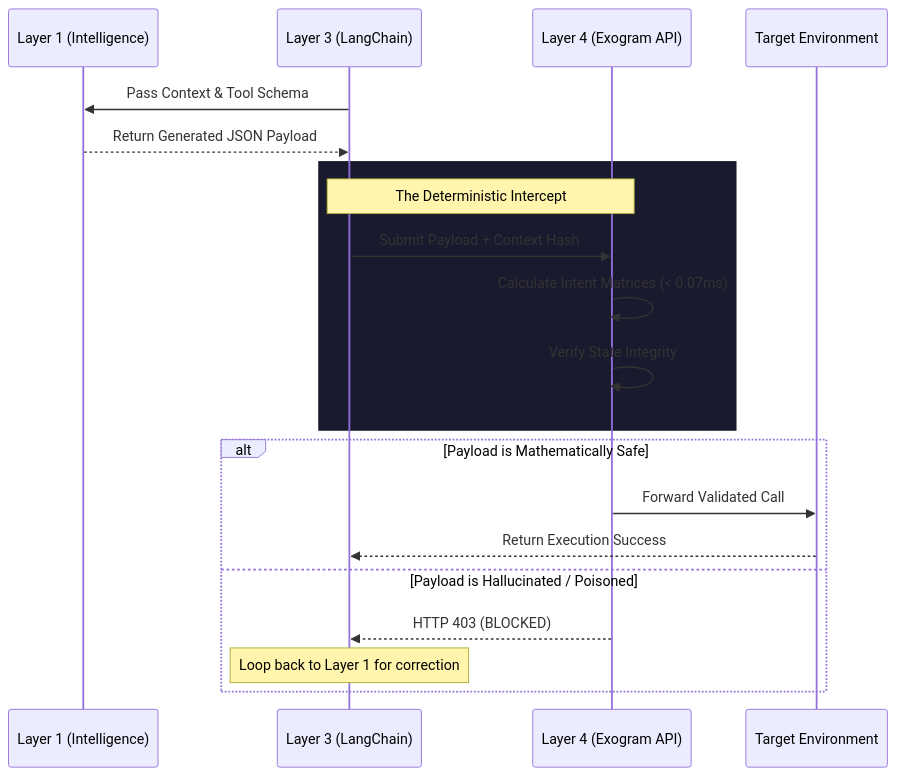
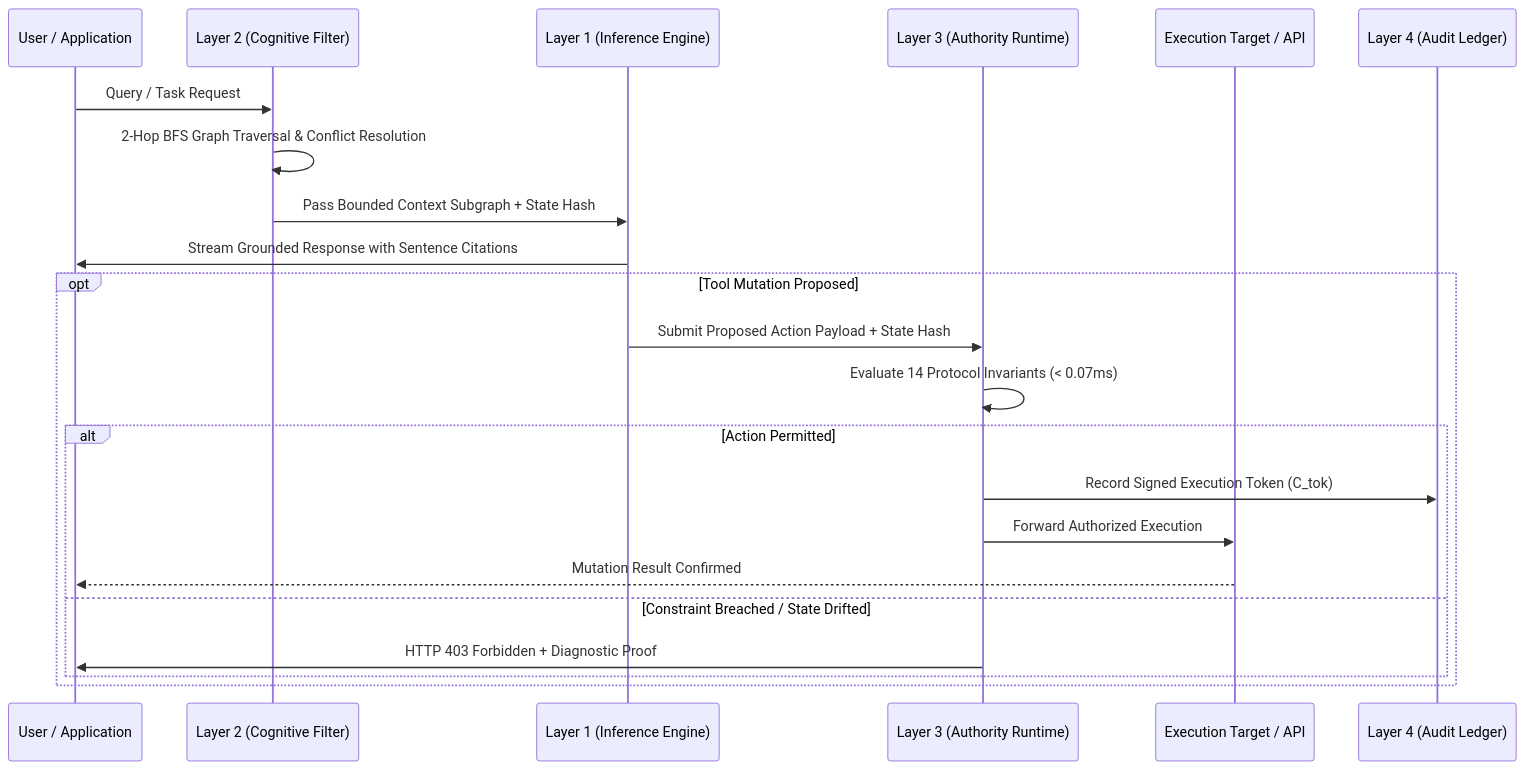
The diagram in 0001-exogram-execution-authority.md (Richard-Ewing/exogram-protocol-rfc), drawn with Mermaid before and after one commit. The commit also changed other lines of this file and 1 other file, not shown here.

Commit message:
docs(rfc): align RFC-0001 and README with LLM grounded reality and verifiable memory pivot

````diff
--- a/0001-exogram-execution-authority.md
+++ b/0001-exogram-execution-authority.md
@@ -86,25 +112,25 @@
 ```mermaid
 sequenceDiagram
-    participant LLM as Layer 1 (Intelligence)
-    participant Orchestrator as Layer 3 (LangChain)
-    participant EA as Layer 4 (Exogram API)
-    participant Target as Target Environment
+    participant User as User / Application
+    participant Filter as Layer 2 (Cognitive Filter)
+    participant LLM as Layer 1 (Inference Engine)
+    participant Gate as Layer 3 (Authority Runtime)
+    participant Target as Execution Target / API
+    participant Ledger as Layer 4 (Audit Ledger)
     
-    Orchestrator->>LLM: Pass Context & Tool Schema
-    LLM-->>Orchestrator: Return Generated JSON Payload
-    
-    rect rgb(26, 26, 46)
-        Note over Orchestrator,EA: The Deterministic Intercept
-        Orchestrator->>EA: Submit Payload + Context Hash
-        EA->>EA: Calculate Intent Matrices (< 0.07ms)
-        EA->>EA: Verify State Integrity
-    end
-    
-    alt Payload is Mathematically Safe
-        EA->>Target: Forward Validated Call
-        Target-->>Orchestrator: Return Execution Success
-    else Payload is Hallucinated / Poisoned
-        EA-->>Orchestrator: HTTP 403 (BLOCKED)
-        Note over Orchestrator: Loop back to Layer 1 for correction
+    User->>Filter: Query / Task Request
+    Filter->>Filter: 2-Hop BFS Graph Traversal & Conflict Resolution
+    Filter->>LLM: Pass Bounded Context Subgraph + State Hash
+    LLM->>User: Stream Grounded Response with Sentence Citations
+    opt Tool Mutation Proposed
+        LLM->>Gate: Submit Proposed Action Payload + State Hash
+        Gate->>Gate: Evaluate 14 Protocol Invariants (< 0.07ms)
+        alt Action Permitted
+            Gate->>Ledger: Record Signed Execution Token (C_tok)
+            Gate->>Target: Forward Authorized Execution
+            Target-->>User: Mutation Result Confirmed
+        else Constraint Breached / State Drifted
+            Gate->>User: HTTP 403 Forbidden + Diagnostic Proof
+        end
     end
 ```
````
